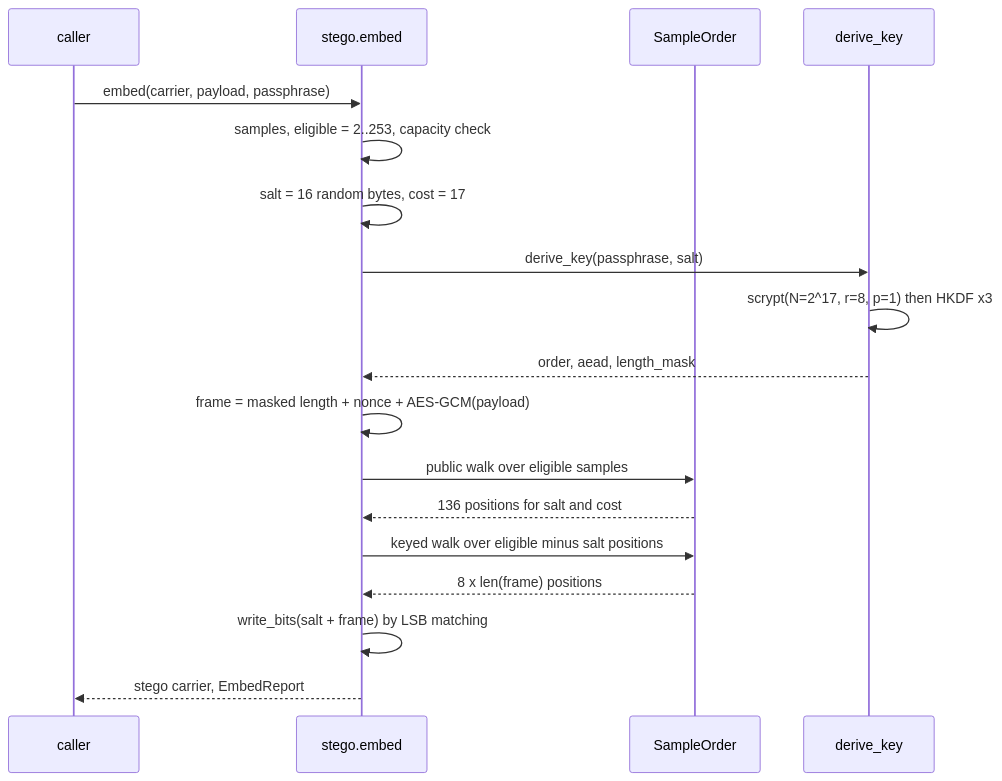
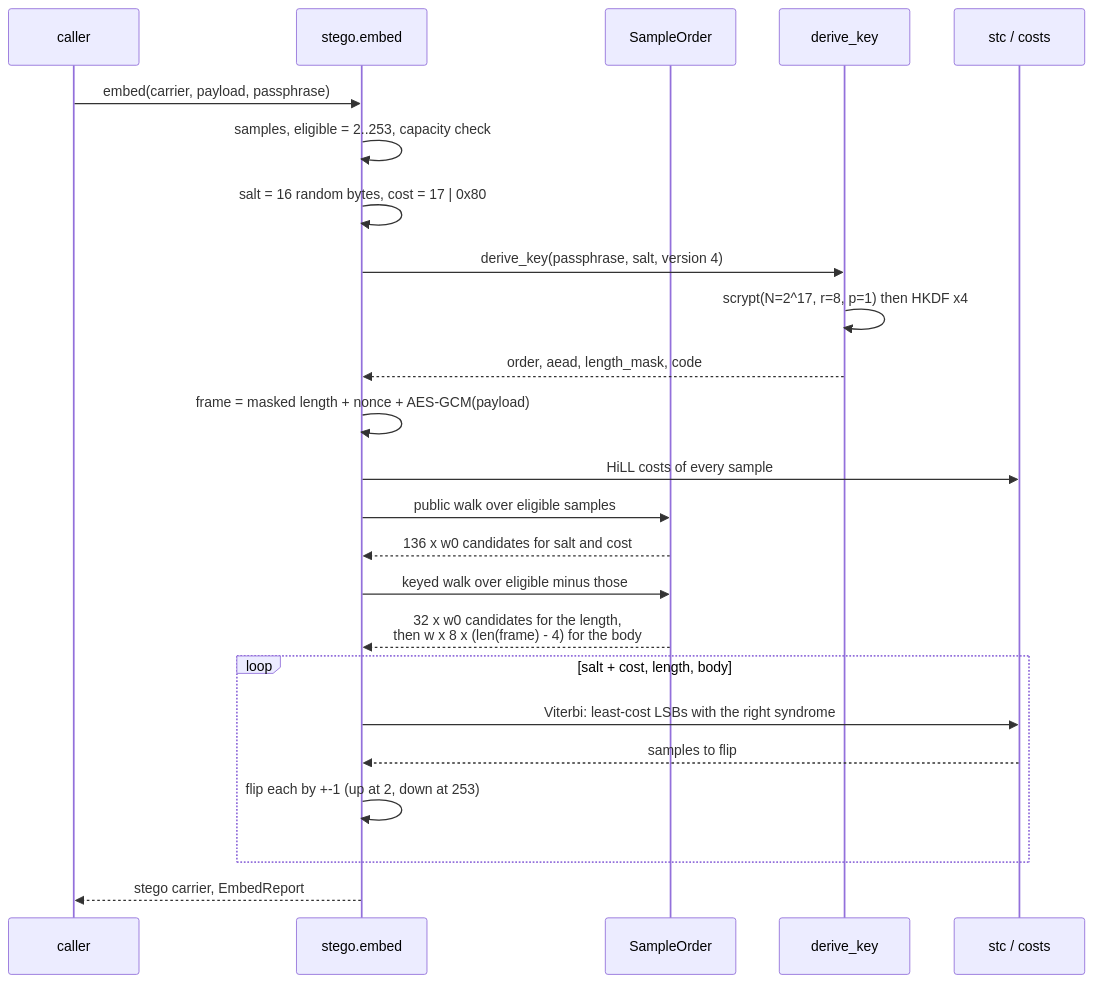
The third of 7 diagrams in docs/04-runtime-behaviour.md (Just-Ipavon/shardpix), drawn with Mermaid before and after one commit. The commit also changed other lines of this file and 8 other files, not shown here.

````diff
--- a/docs/04-runtime-behaviour.md
+++ b/docs/04-runtime-behaviour.md
@@ -112,21 +112,28 @@
 ```mermaid
 sequenceDiagram
     participant C as caller
     participant E as stego.embed
     participant W as SampleOrder
     participant K as derive_key
 
+    participant T as stc / costs
+
     C->>E: embed(carrier, payload, passphrase)
     E->>E: samples, eligible = 2..253, capacity check
-    E->>E: salt = 16 random bytes, cost = 17
-    E->>K: derive_key(passphrase, salt)
-    K->>K: scrypt(N=2^17, r=8, p=1) then HKDF x3
-    K-->>E: order, aead, length_mask
+    E->>E: salt = 16 random bytes, cost = 17 | 0x80
+    E->>K: derive_key(passphrase, salt, version 4)
+    K->>K: scrypt(N=2^17, r=8, p=1) then HKDF x4
+    K-->>E: order, aead, length_mask, code
     E->>E: frame = masked length + nonce + AES-GCM(payload)
+    E->>T: HiLL costs of every sample
     E->>W: public walk over eligible samples
-    W-->>E: 136 positions for salt and cost
-    E->>W: keyed walk over eligible minus salt positions
-    W-->>E: 8 x len(frame) positions
-    E->>E: write_bits(salt + frame) by LSB matching
+    W-->>E: 136 x w0 candidates for salt and cost
+    E->>W: keyed walk over eligible minus those
+    W-->>E: 32 x w0 candidates for the length,<br/>then w x 8 x (len(frame) - 4) for the body
+    loop salt + cost, length, body
+        E->>T: Viterbi: least-cost LSBs with the right syndrome
+        T-->>E: samples to flip
+        E->>E: flip each by +-1 (up at 2, down at 253)
+    end
     E-->>C: stego carrier, EmbedReport
 ```
````
